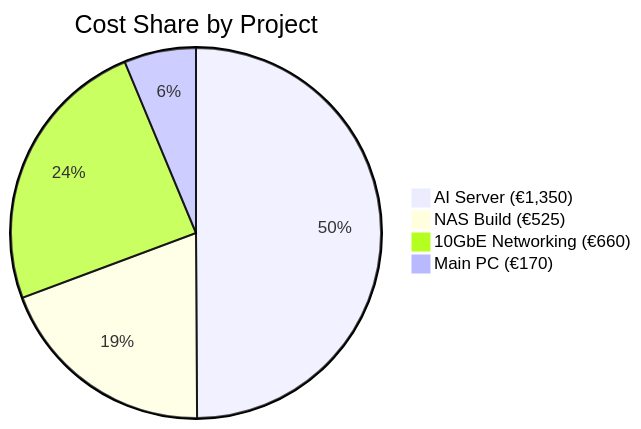
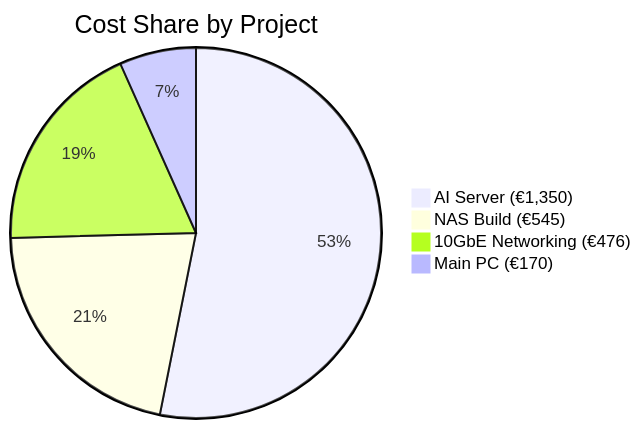
One commit to MMastro-Dev/wiki changed the second of 13 diagrams in notes/charts/project-costs.md. Above: the diagram before and after it, drawn with Mermaid. The commit also changed other lines of this file and 5 other files, not shown here.

````diff
--- a/notes/charts/project-costs.md
+++ b/notes/charts/project-costs.md
@@ -26,7 +26,7 @@
 ```mermaid
 pie title Cost Share by Project
     "AI Server (€1,350)" : 1350
-    "NAS Build (€525)" : 525
-    "10GbE Networking (€660)" : 660
+    "NAS Build (€545)" : 545
+    "10GbE Networking (€476)" : 476
     "Main PC (€170)" : 170
 ```
````
